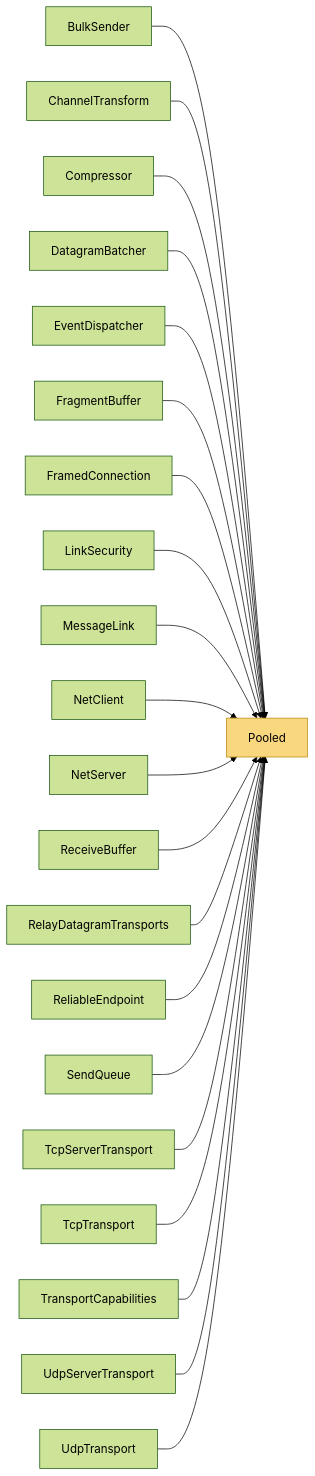
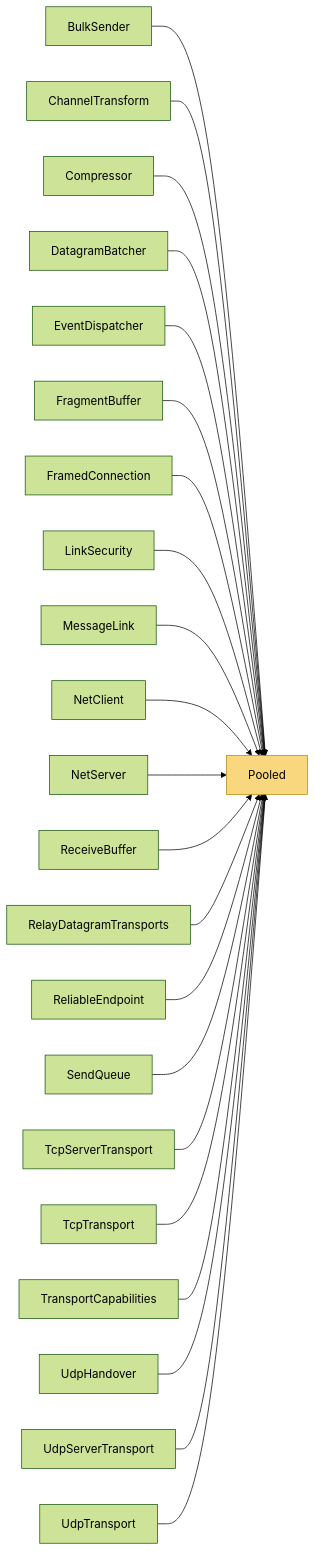
The diagram in docs/Code/Internal/Pooled.md (VladislavKresov/NetSync), drawn with Mermaid (forest theme) before and after one commit. The commit also changed other lines of this file and 56 other files, not shown here.

Commit message:
Docs: limitations and roadmap after rc.6 work; regenerated code reference

````diff
--- a/docs/Code/Internal/Pooled.md
+++ b/docs/Code/Internal/Pooled.md
@@ -56,25 +56,26 @@
 ```mermaid
 flowchart LR
   m_Pooled["Pooled"]:::self
   m_BulkSender["BulkSender"] --> m_Pooled
   m_ChannelTransform["ChannelTransform"] --> m_Pooled
   m_Compressor["Compressor"] --> m_Pooled
   m_DatagramBatcher["DatagramBatcher"] --> m_Pooled
   m_EventDispatcher["EventDispatcher"] --> m_Pooled
   m_FragmentBuffer["FragmentBuffer"] --> m_Pooled
   m_FramedConnection["FramedConnection"] --> m_Pooled
   m_LinkSecurity["LinkSecurity"] --> m_Pooled
   m_MessageLink["MessageLink"] --> m_Pooled
   m_NetClient["NetClient"] --> m_Pooled
   m_NetServer["NetServer"] --> m_Pooled
   m_ReceiveBuffer["ReceiveBuffer"] --> m_Pooled
   m_RelayDatagramTransports["RelayDatagramTransports"] --> m_Pooled
   m_ReliableEndpoint["ReliableEndpoint"] --> m_Pooled
   m_SendQueue["SendQueue"] --> m_Pooled
   m_TcpServerTransport["TcpServerTransport"] --> m_Pooled
   m_TcpTransport["TcpTransport"] --> m_Pooled
   m_TransportCapabilities["TransportCapabilities"] --> m_Pooled
+  m_UdpHandover["UdpHandover"] --> m_Pooled
   m_UdpServerTransport["UdpServerTransport"] --> m_Pooled
   m_UdpTransport["UdpTransport"] --> m_Pooled
   classDef self fill:#f9d77e,stroke:#b8860b,color:#000
 ```
````
